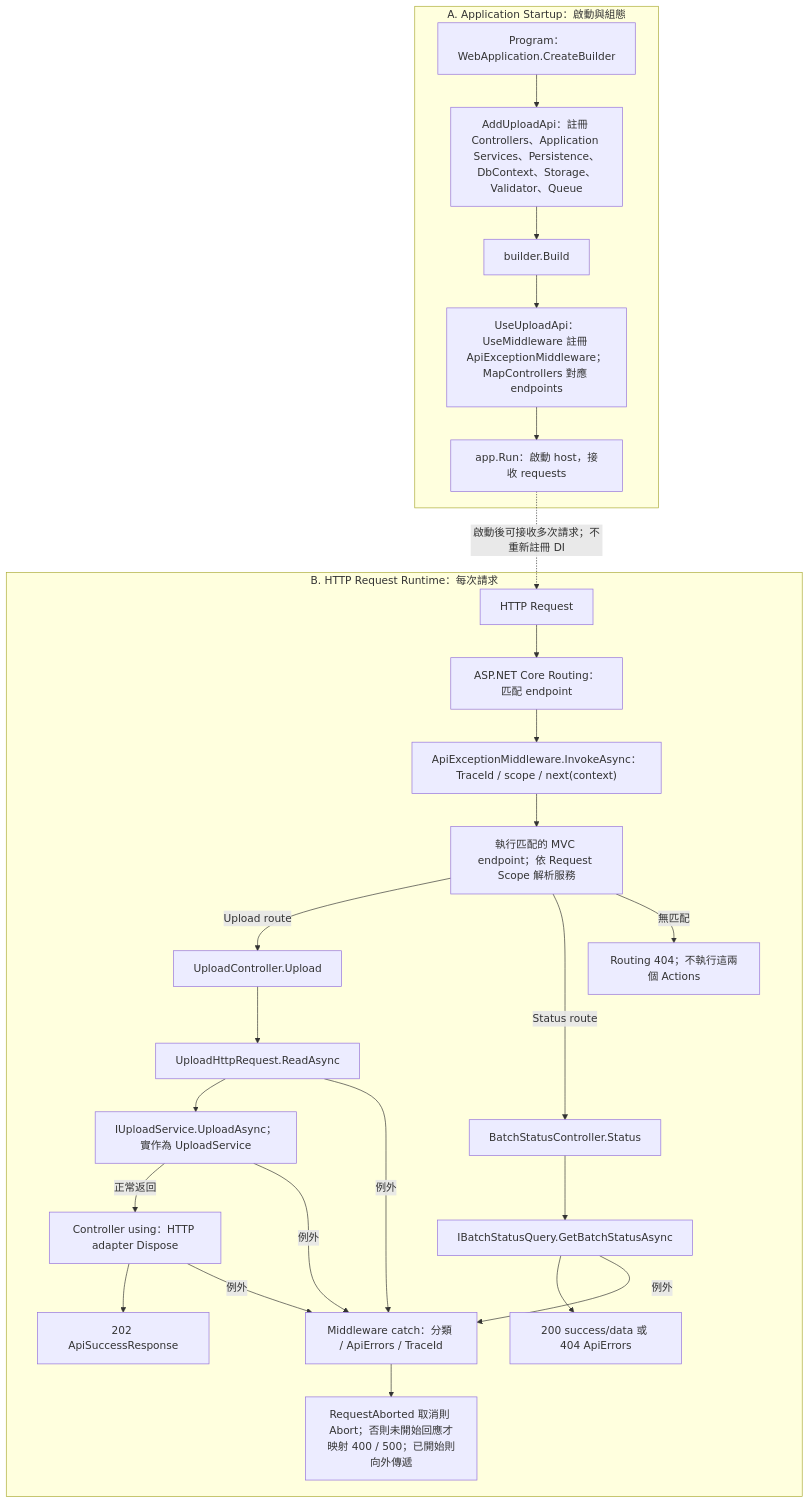
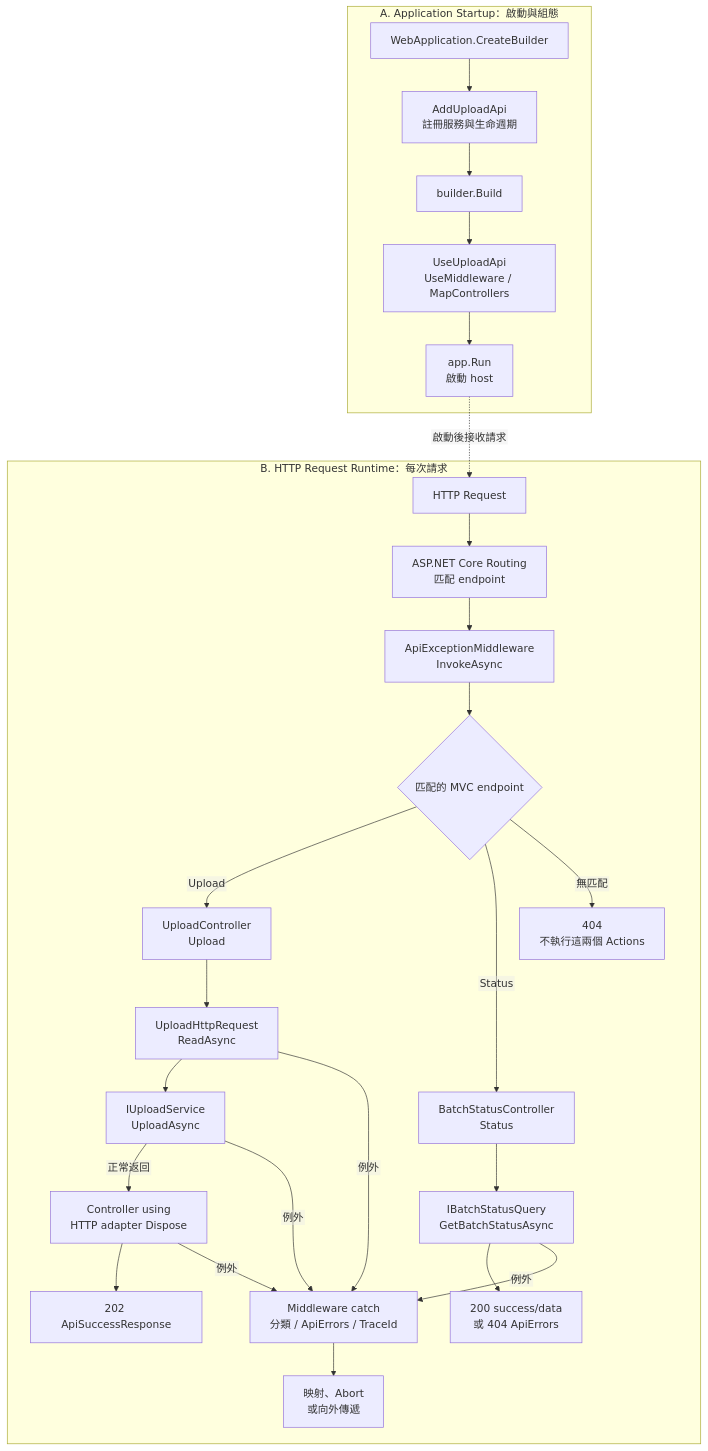
Before and after one commit to ChouKuangWen/Photo-Processing-Image-Analysis-Platform: the eighth of 9 diagrams in tasks/MOD-01/README.md, drawn with Mermaid. The commit also changed other lines of this file, not shown here.

First line of the commit message:
docs(mod-01): refine Mermaid diagrams and architecture relationships

````diff
--- a/tasks/MOD-01/README.md
+++ b/tasks/MOD-01/README.md
@@ -1041,29 +1071,30 @@
 ```mermaid
+%%{init: {"flowchart": {"htmlLabels": false}}}%%
 flowchart TD
     subgraph STARTUP["A. Application Startup：啟動與組態"]
-        P["Program：WebApplication.CreateBuilder"] --> DI["AddUploadApi：註冊 Controllers、Application Services、Persistence、DbContext、Storage、Validator、Queue"]
+        P["WebApplication.CreateBuilder"] --> DI["AddUploadApi<br/>註冊服務與生命週期"]
         DI --> BUILD["builder.Build"]
-        BUILD --> USE["UseUploadApi：UseMiddleware 註冊 ApiExceptionMiddleware；MapControllers 對應 endpoints"]
-        USE --> RUN["app.Run：啟動 host，接收 requests"]
+        BUILD --> USE["UseUploadApi<br/>UseMiddleware / MapControllers"]
+        USE --> RUN["app.Run<br/>啟動 host"]
     end
     subgraph RUNTIME["B. HTTP Request Runtime：每次請求"]
-        REQ["HTTP Request"] --> ROUTE["ASP.NET Core Routing：匹配 endpoint"]
-        ROUTE --> M["ApiExceptionMiddleware.InvokeAsync：TraceId / scope / next(context)"]
-        M --> EP["執行匹配的 MVC endpoint；依 Request Scope 解析服務"]
-        EP -- Upload route --> POST["UploadController.Upload"]
-        EP -- Status route --> GET["BatchStatusController.Status"]
-        EP -- 無匹配 --> NF["Routing 404；不執行這兩個 Actions"]
-        POST --> AD["UploadHttpRequest.ReadAsync"]
-        AD --> APP["IUploadService.UploadAsync；實作為 UploadService"]
-        APP -- 正常返回 --> CLEAN["Controller using：HTTP adapter Dispose"]
+        REQ["HTTP Request"] --> ROUTE["ASP.NET Core Routing<br/>匹配 endpoint"]
+        ROUTE --> M["ApiExceptionMiddleware<br/>InvokeAsync"]
+        M --> EP{"匹配的 MVC endpoint"}
+        EP -- Upload --> POST["UploadController<br/>Upload"]
+        EP -- Status --> GET["BatchStatusController<br/>Status"]
+        EP -- 無匹配 --> NF["404<br/>不執行這兩個 Actions"]
+        POST --> AD["UploadHttpRequest<br/>ReadAsync"]
+        AD --> APP["IUploadService<br/>UploadAsync"]
+        APP -- 正常返回 --> CLEAN["Controller using<br/>HTTP adapter Dispose"]
         CLEAN --> OK["202 ApiSuccessResponse"]
-        GET --> QUERY["IBatchStatusQuery.GetBatchStatusAsync"]
-        QUERY --> QR["200 success/data 或 404 ApiErrors"]
-        AD -- 例外 --> ERR["Middleware catch：分類 / ApiErrors / TraceId"]
+        GET --> QUERY["IBatchStatusQuery<br/>GetBatchStatusAsync"]
+        QUERY --> QR["200 success/data<br/>或 404 ApiErrors"]
+        AD -- 例外 --> ERR["Middleware catch<br/>分類 / ApiErrors / TraceId"]
         APP -- 例外 --> ERR
         CLEAN -- 例外 --> ERR
         QUERY -- 例外 --> ERR
-        ERR --> ER["RequestAborted 取消則 Abort；否則未開始回應才映射 400 / 500；已開始則向外傳遞"]
+        ERR --> ER["映射、Abort<br/>或向外傳遞"]
     end
-    RUN -. "啟動後可接收多次請求；不重新註冊 DI" .-> REQ
+    RUN -. 啟動後接收請求 .-> REQ
 ```
````
